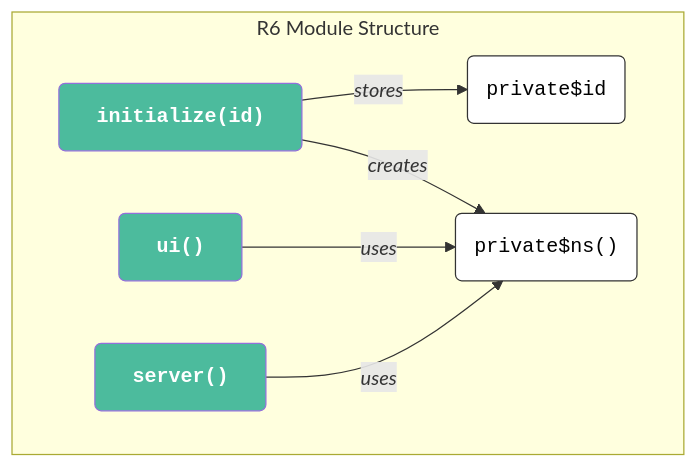
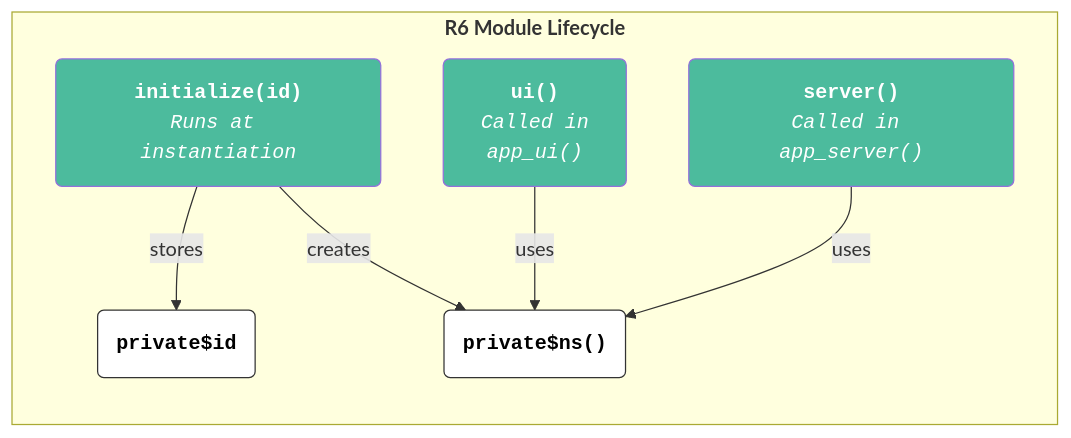
The fifth of 8 diagrams in posts/shiny-r6/index.qmd (mjfrigaard/mjfrigaard.github.io), drawn with Mermaid before and after one commit. The commit also changed other lines of this file and 23 other files, not shown here.

````diff
--- a/posts/shiny-r6/index.qmd
+++ b/posts/shiny-r6/index.qmd
@@ -477,26 +612,28 @@
 ```{mermaid}
 %%| eval: true
-%%| fig-align: 'center' 
+%%| fig-align: 'center'
 %%| fig-caption: 'R6 Module Structure'
 %%| echo: false
 %%{init: {'theme': 'base', 'themeVariables': { 'fontFamily': 'monospace', "darkMode":true}}}}%%
-flowchart TD
-    subgraph "R6 Module Structure"
-        Init["<strong>initialize(id)</strong>"]
-        Id("private$id")
-        Ns("private$ns()")
-        UI["<strong>ui()</strong>"]
-        Server["<strong>server()</strong>"]
+
+flowchart LR
+    subgraph "<strong>R6 Module Lifecycle</strong>"
+        Init["<strong>initialize(id)</strong><br><em>Runs at instantiation</em>"]
+        Id("<strong>private$id</strong>")
+        Ns("<strong>private$ns()</strong>")
+        UI["<strong>ui()</strong><br/><em>Called in<br>app_ui()</em>"]
+        Server["<strong>server()</strong><br><em>Called in app_server()</em>"]
     end
 
-    Init -->|"<em>stores</em>"| Id
-    Init -->|"<em>creates</em>"| Ns
-    UI -->|"<em>uses</em>"| Ns
-    Server -->|"<em>uses</em>"| Ns
+    Init -->|"stores"| Id
+    Init -->|"creates"| Ns
+    UI -->|"uses"| Ns
+    Server -->|"uses"| Ns
 
-    style Init fill:#4CBB9D,color:#FFFFFF,rx:5,ry:5,font-family:monospace,text-align:'center'
-    style Id fill:#FFFFFF,color:#000000,stroke:#333,font-family:monospace,text-align:'center'
-    style Ns fill:#FFFFFF,color:#000000,stroke:#333,font-family:monospace,text-align:'center'
-    style UI fill:#4CBB9D,color:#FFFFFF,rx:5,ry:5,font-family:monospace,text-align:'center'
-    style Server fill:#4CBB9D,color:#FFFFFF,rx:5,ry:5,font-family:monospace,text-align:'center'
+    style Init fill:#4CBB9D,color:#FFFFFF,rx:5,ry:5,font-family:monospace
+    style Id fill:#FFFFFF,color:#000000,stroke:#333,font-family:monospace
+    style Ns fill:#FFFFFF,color:#000000,stroke:#333,font-family:monospace
+    style UI fill:#4CBB9D,color:#FFFFFF,rx:5,ry:5,font-family:monospace
+    style Server fill:#4CBB9D,color:#FFFFFF,rx:5,ry:5,font-family:monospace
+
 ```
````
